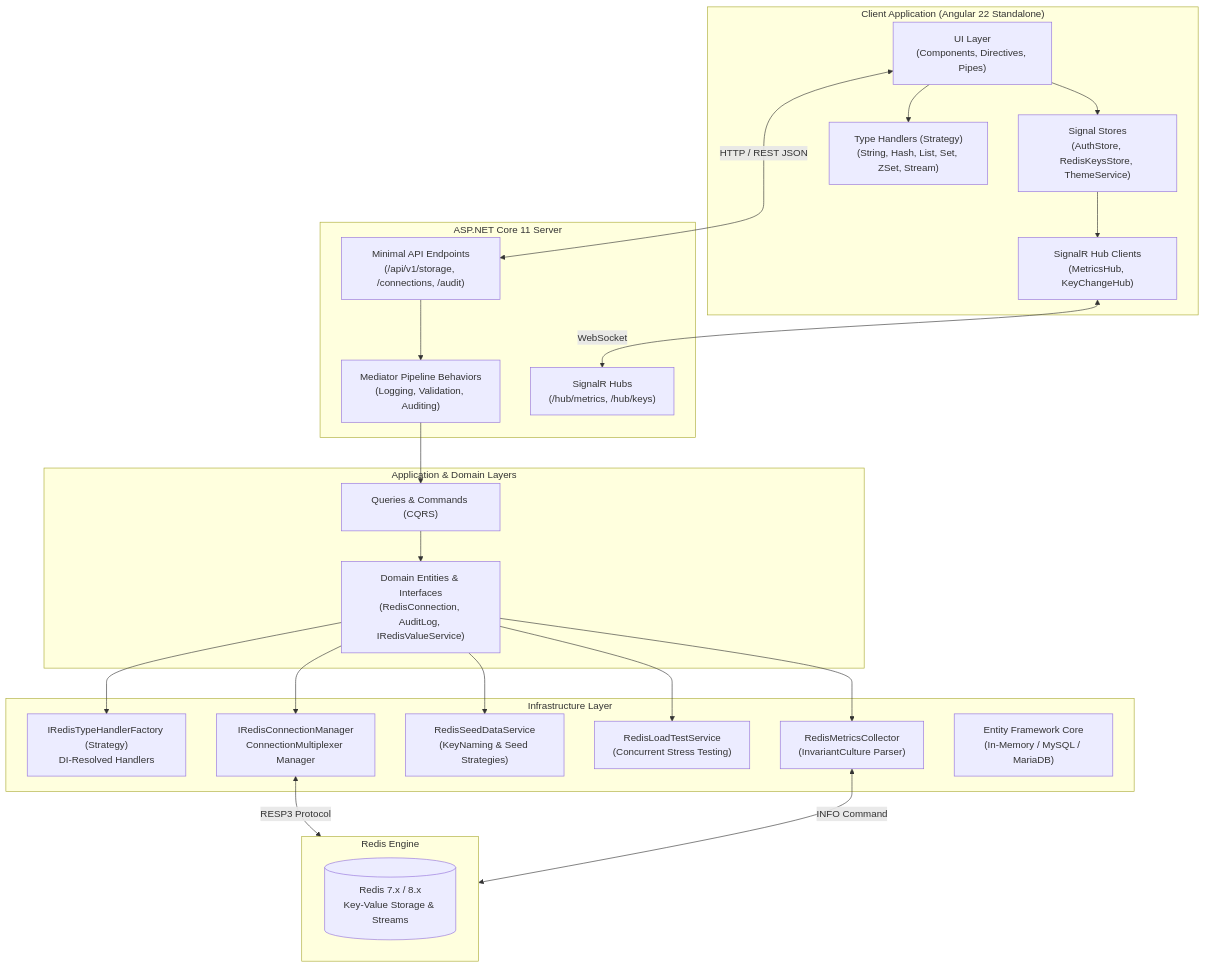
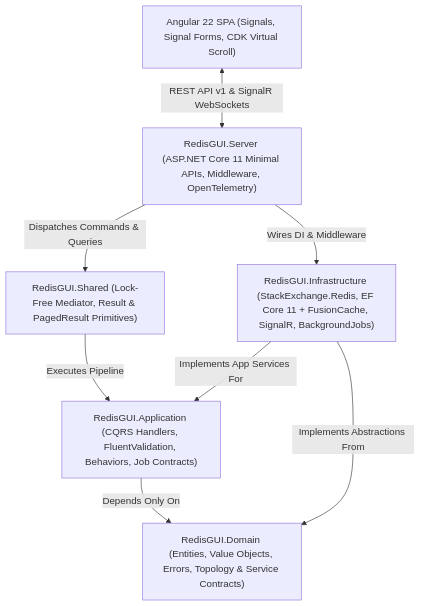
The diagram in docs/architecture.md (dellik95/redis-gui), drawn with Mermaid before and after one commit. The commit also changed other lines of this file and 232 other files, not shown here.

Commit message:
Refactor shared auth/connection guards, fix binary key GET identity, and update docs, landing page, and screenshots

````diff
--- a/docs/architecture.md
+++ b/docs/architecture.md
@@ -22,50 +11,17 @@
 ```mermaid
-flowchart TD
-    subgraph Browser ["Client Application (Angular 22 Standalone)"]
-        UI["UI Layer\n(Components, Directives, Pipes)"]
-        SignalStore["Signal Stores\n(AuthStore, RedisKeysStore, ThemeService)"]
-        Handlers["Type Handlers (Strategy)\n(String, Hash, List, Set, ZSet, Stream)"]
-        SignalRClient["SignalR Hub Clients\n(MetricsHub, KeyChangeHub)"]
-        UI --> SignalStore
-        UI --> Handlers
-        SignalStore --> SignalRClient
-    end
+flowchart TB
+    Client["Angular 22 SPA (Signals, Signal Forms, CDK Virtual Scroll)"]
+    Server["RedisGUI.Server (ASP.NET Core 11 Minimal APIs, Middleware, OpenTelemetry)"]
+    Shared["RedisGUI.Shared (Lock-Free Mediator, Result & PagedResult Primitives)"]
+    App["RedisGUI.Application (CQRS Handlers, FluentValidation, Behaviors, Job Contracts)"]
+    Domain["RedisGUI.Domain (Entities, Value Objects, Errors, Topology & Service Contracts)"]
+    Infra["RedisGUI.Infrastructure (StackExchange.Redis, EF Core 11 + FusionCache, SignalR, BackgroundJobs)"]
 
-    subgraph API ["ASP.NET Core 11 Server"]
-        Endpoints["Minimal API Endpoints\n(/api/v1/storage, /connections, /audit)"]
-        Pipeline["Mediator Pipeline Behaviors\n(Logging, Validation, Auditing)"]
-        Hubs["SignalR Hubs\n(/hub/metrics, /hub/keys)"]
-        Endpoints --> Pipeline
-    end
-
-    subgraph AppCore ["Application & Domain Layers"]
-        Queries["Queries & Commands (CQRS)"]
-        Domain["Domain Entities & Interfaces\n(RedisConnection, AuditLog, IRedisValueService)"]
-        Pipeline --> Queries
-        Queries --> Domain
-    end
-
-    subgraph Infra ["Infrastructure Layer"]
-        TypeFactory["IRedisTypeHandlerFactory (Strategy)\nDI-Resolved Handlers"]
-        ConnPool["IRedisConnectionManager\nConnectionMultiplexer Manager"]
-        Seeder["RedisSeedDataService\n(KeyNaming & Seed Strategies)"]
-        LoadTester["RedisLoadTestService\n(Concurrent Stress Testing)"]
-        MetricsCollector["RedisMetricsCollector\n(InvariantCulture Parser)"]
-        EF["Entity Framework Core\n(In-Memory / MySQL / MariaDB)"]
-        
-        Domain --> TypeFactory
-        Domain --> ConnPool
-        Domain --> Seeder
-        Domain --> LoadTester
-        Domain --> MetricsCollector
-    end
-
-    subgraph RedisServer ["Redis Engine"]
-        RedisDB[("Redis 7.x / 8.x\nKey-Value Storage & Streams")]
-    end
-
-    SignalRClient <-->|WebSocket| Hubs
-    UI <-->|HTTP / REST JSON| Endpoints
-    ConnPool <-->|RESP3 Protocol| RedisServer
-    MetricsCollector <-->|INFO Command| RedisServer
+    Client <-->|"REST API v1 & SignalR WebSockets"| Server
+    Server -->|"Dispatches Commands & Queries"| Shared
+    Shared -->|"Executes Pipeline"| App
+    App -->|"Depends Only On"| Domain
+    Infra -->|"Implements Abstractions From"| Domain
+    Infra -->|"Implements App Services For"| App
+    Server -->|"Wires DI & Middleware"| Infra
 ```
````
